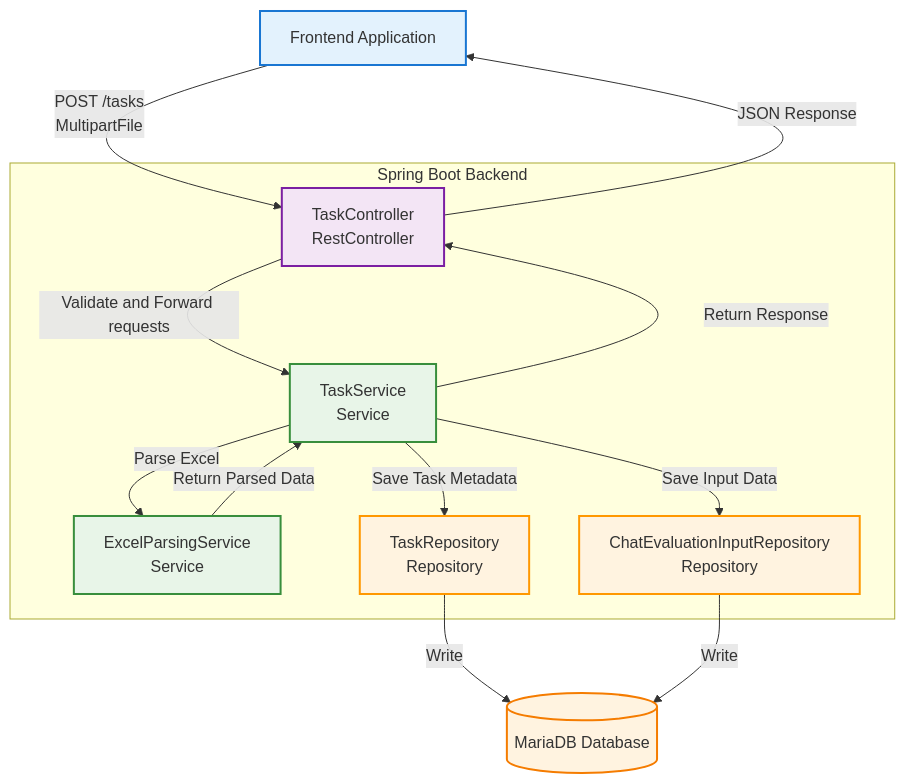
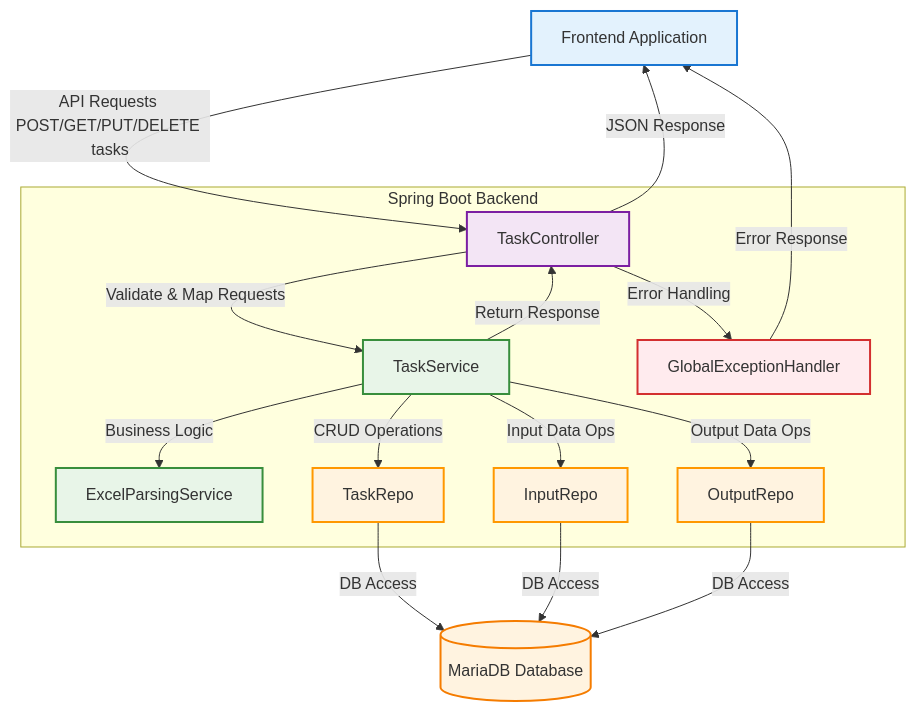
Before and after one commit to andrewhzy/SpringHttpClientDataJpaDemo: the second of 3 diagrams in docs/README.md, drawn with Mermaid. The commit also changed other lines of this file, not shown here.

Commit message:
Refactor README to clarify backend Java components and their responsibilities, enhancing the flowchart for task management APIs and error handling.

````diff
--- a/docs/README.md
+++ b/docs/README.md
@@ -145,42 +145,49 @@
 ```mermaid
 flowchart TD
     %% Frontend
     FE[Frontend Application]
-    
+
     %% Backend Spring Boot Classes
     subgraph "Spring Boot Backend"
-        Controller[TaskController<br/>RestController]
-        Service[TaskService<br/>Service]
-        ExcelService[ExcelParsingService<br/>Service]
-        Repository[TaskRepository<br/>Repository]
-        InputRepo[ChatEvaluationInputRepository<br/>Repository]
+        Controller[TaskController]
+        Service[TaskService]
+        ExcelService[ExcelParsingService]
+        TaskRepo[TaskRepo]
+        InputRepo[InputRepo]
+        OutputRepo[OutputRepo]
+        ExceptionHandler[GlobalExceptionHandler]
     end
-    
+
     %% Database
     DB[(MariaDB Database)]
-    
-    %% Simple Linear Flow for POST /tasks
-    FE -->|POST /tasks<br/>MultipartFile| Controller
-    Controller -->|Validate and Forward requests| Service
-    Service -->|Parse Excel| ExcelService
-    ExcelService -->|Return Parsed Data| Service
-    Service -->|Save Task Metadata| Repository
-    Service -->|Save Input Data| InputRepo
-    Repository -->|Write| DB
-    InputRepo -->|Write| DB
+
+    %% Generalized Flows for All Task Management APIs
+    FE -->|API Requests POST/GET/PUT/DELETE tasks| Controller
+    Controller -->|Validate & Map Requests| Service
+    Service -->|Business Logic| ExcelService
+    Service -->|CRUD Operations| TaskRepo
+    Service -->|Input Data Ops| InputRepo
+    Service -->|Output Data Ops| OutputRepo
+    TaskRepo -->|DB Access| DB
+    InputRepo -->|DB Access| DB
+    OutputRepo -->|DB Access| DB
+    Controller -->|Error Handling| ExceptionHandler
+    ExceptionHandler -->|Error Response| FE
     Service -->|Return Response| Controller
     Controller -->|JSON Response| FE
-    
+
     %% Styling
     classDef frontend fill:#e3f2fd,stroke:#1976d2,stroke-width:2px
     classDef controller fill:#f3e5f5,stroke:#7b1fa2,stroke-width:2px
     classDef service fill:#e8f5e8,stroke:#388e3c,stroke-width:2px
     classDef repository fill:#fff3e0,stroke:#ff9800,stroke-width:2px
     classDef database fill:#fff3e0,stroke:#f57c00,stroke-width:2px
-    
+    classDef error fill:#ffebee,stroke:#d32f2f,stroke-width:2px
+
     class FE frontend
     class Controller controller
     class Service,ExcelService service
-    class Repository,InputRepo repository
+    class TaskRepo,InputRepo,OutputRepo repository
     class DB database
+    class ExceptionHandler error
 ```
````
